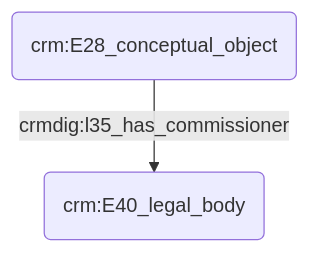
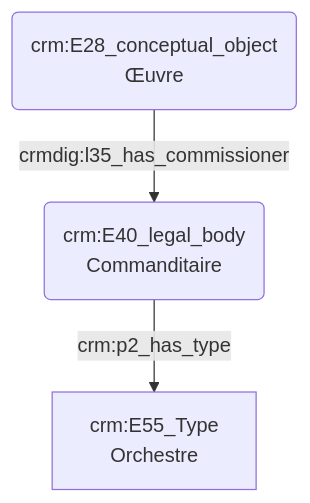
The diagram in modules/livrables/Dossier 2/Indexation conceptuelle/commanditaire d'une œuvre.md (Amleth/consortium-musica2-gt2-ontologies), drawn with Mermaid before and after one commit.

Commit message:
Update commanditaire d'une œuvre.md

````diff
--- a/modules/livrables/Dossier 2/Indexation conceptuelle/commanditaire d'une œuvre.md
+++ b/modules/livrables/Dossier 2/Indexation conceptuelle/commanditaire d'une œuvre.md
@@ -13,6 +13,8 @@
 ```mermaid
 graph TD;
 
-A(crm:E28_conceptual_object) --> |crmdig:l35_has_commissioner| B(crm:E40_legal_body)
+A(crm:E28_conceptual_object<br>Œuvre) --> |crmdig:l35_has_commissioner| B(crm:E40_legal_body<br>Commanditaire)
+B(crm:E40_legal_body<br>Commanditaire) --> |crm:p2_has_type| C[crm:E55_Type<br>Orchestre]
+
 
 ```
````
